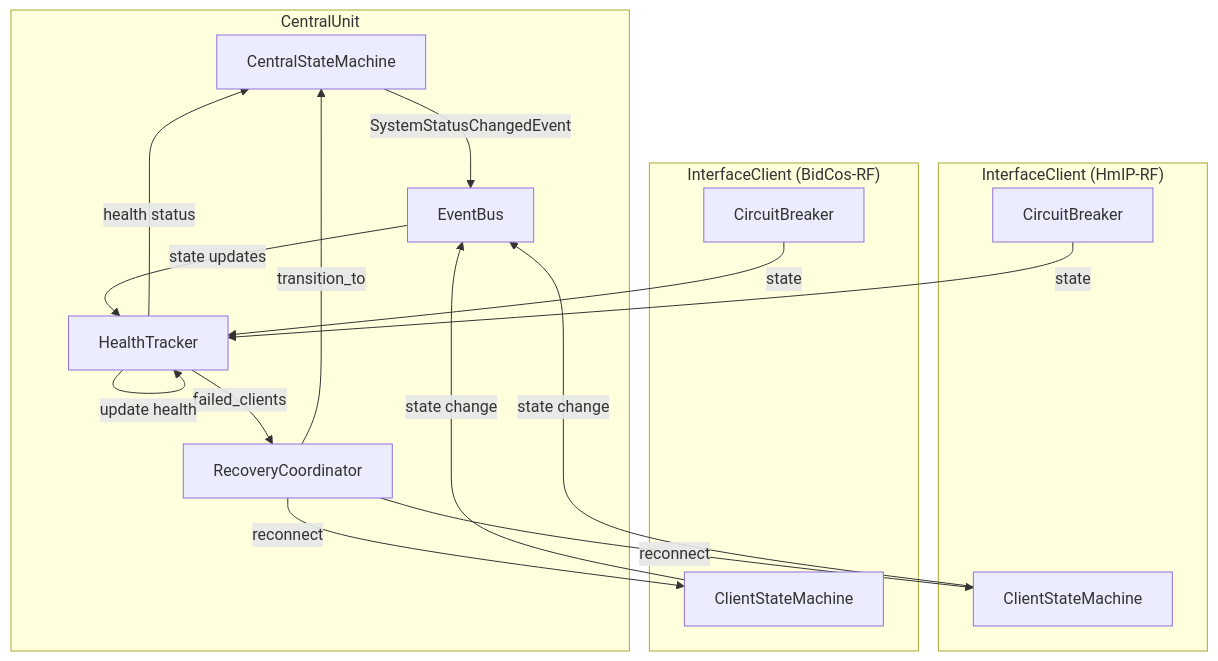
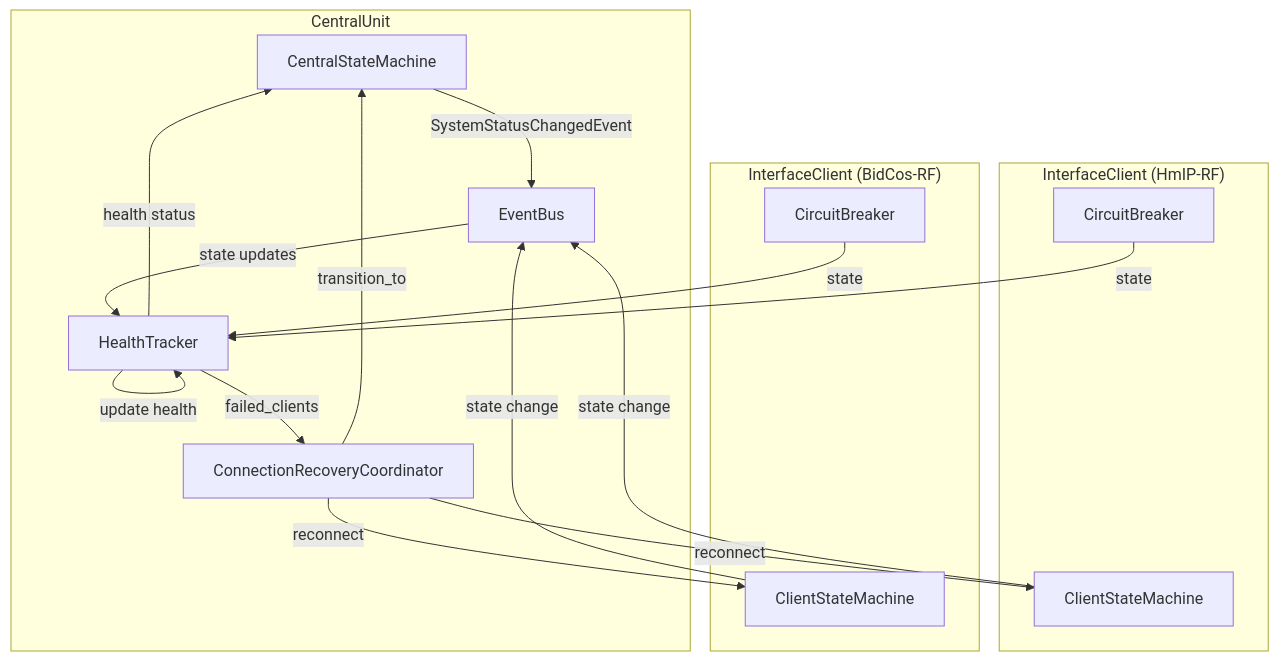
Diagram 17 of 17 in docs/architecture/sequence_diagrams.md (SukramJ/aiohomematic), drawn with Mermaid before and after one commit. The commit also changed other lines of this file and 17 other files, not shown here.

````diff
--- a/docs/architecture/sequence_diagrams.md
+++ b/docs/architecture/sequence_diagrams.md
@@ -1314,35 +1324,35 @@
 ```mermaid
 flowchart TB
     subgraph Central["CentralUnit"]
         CSM[CentralStateMachine]
         HT[HealthTracker]
-        RC[RecoveryCoordinator]
+        RC[ConnectionRecoveryCoordinator]
         EB[EventBus]
     end
 
     subgraph Client1["InterfaceClient (HmIP-RF)"]
         SM1[ClientStateMachine]
         CB1[CircuitBreaker]
     end
 
     subgraph Client2["InterfaceClient (BidCos-RF)"]
         SM2[ClientStateMachine]
         CB2[CircuitBreaker]
     end
 
     SM1 -->|state change| EB
     SM2 -->|state change| EB
     CB1 -->|state| HT
     CB2 -->|state| HT
 
     HT -->|health status| CSM
     HT -->|failed_clients| RC
     RC -->|transition_to| CSM
     CSM -->|SystemStatusChangedEvent| EB
 
     EB -->|state updates| HT
     HT -->|update health| HT
 
     RC -->|reconnect| SM1
     RC -->|reconnect| SM2
 ```
````
